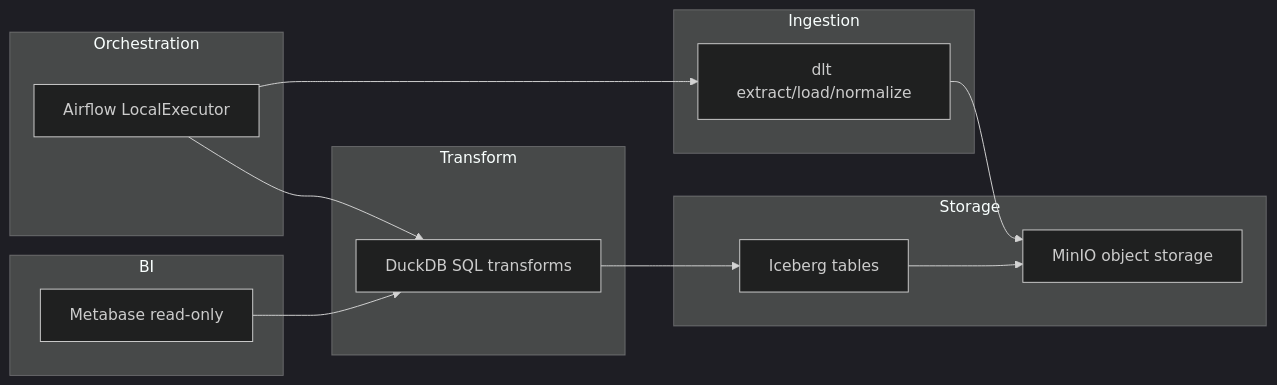
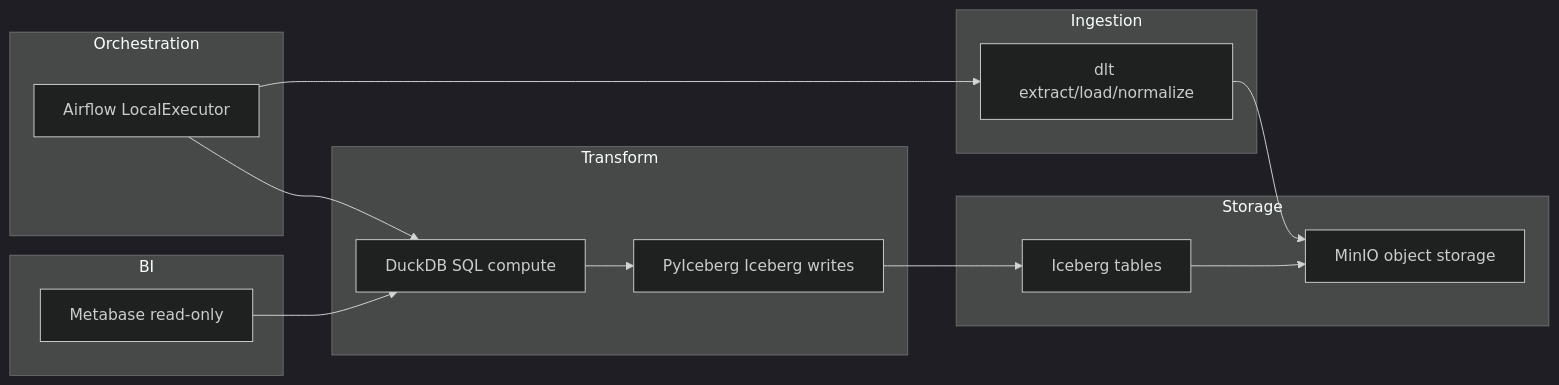
The third of 4 diagrams in docs/architecture.md (quocvinhx2101-ctrl/Kest), drawn with Mermaid (dark theme) before and after one commit. The commit also changed other lines of this file and 20 other files, not shown here.

First line of the commit message:
refactor: replace DuckDB Iceberg writes with PyIceberg for solid storage layer

````diff
--- a/docs/architecture.md
+++ b/docs/architecture.md
@@ -92,25 +95,27 @@
 ```mermaid
 flowchart LR
   subgraph Ingestion
     dlt[dlt extract/load/normalize]
   end
   subgraph Storage
     minio[MinIO object storage]
     iceberg[Iceberg tables]
   end
   subgraph Transform
-    duckdb[DuckDB SQL transforms]
+    duckdb[DuckDB SQL compute]
+    pyiceberg[PyIceberg Iceberg writes]
   end
   subgraph Orchestration
     airflow[Airflow LocalExecutor]
   end
   subgraph BI
     metabase[Metabase read-only]
   end
   dlt --> minio
-  duckdb --> iceberg
+  duckdb --> pyiceberg
+  pyiceberg --> iceberg
   iceberg --> minio
   airflow --> dlt
   airflow --> duckdb
   metabase --> duckdb
 ```
````
